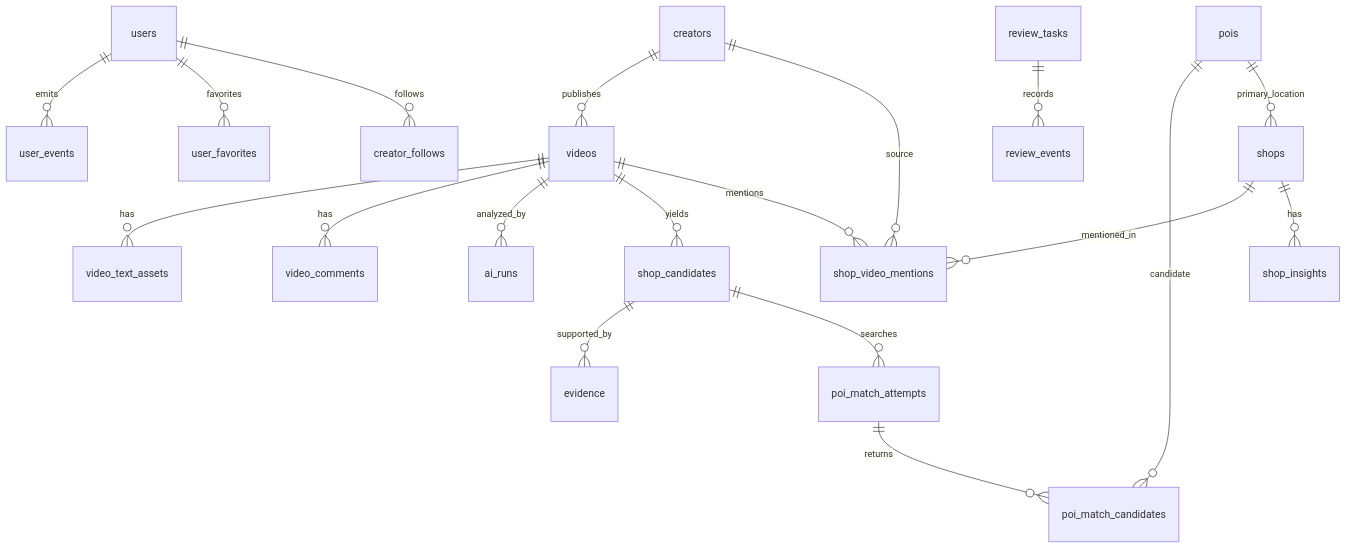
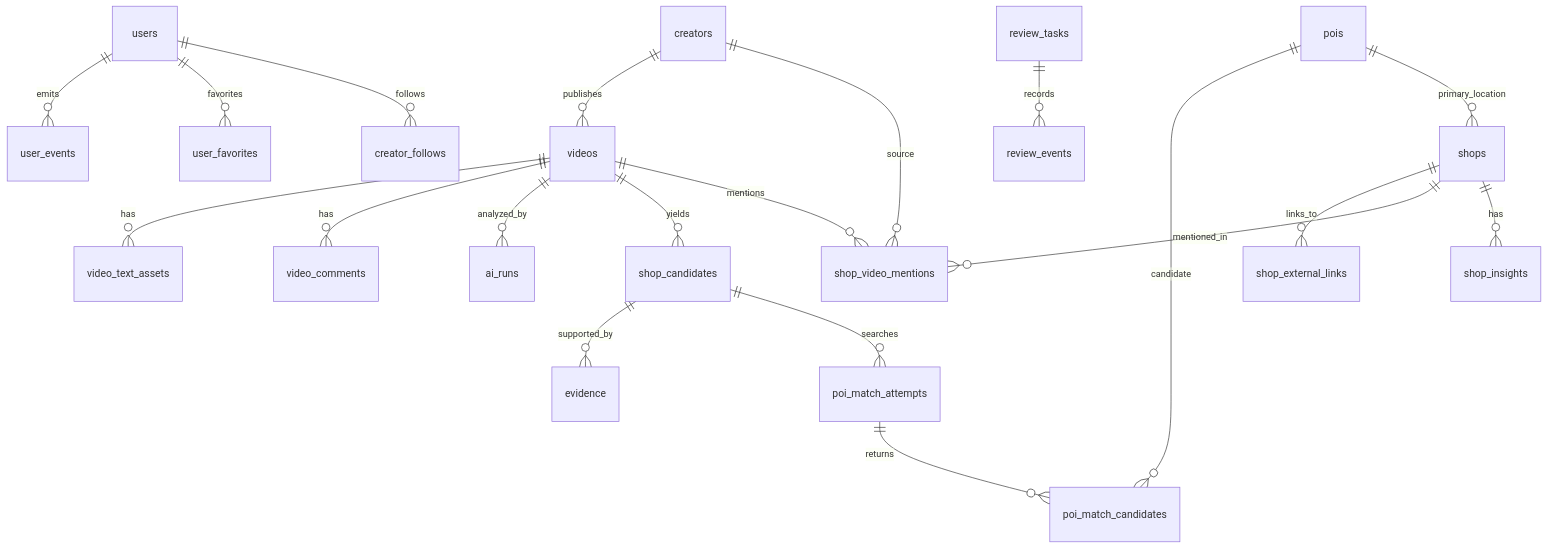
One commit to Warma10032/GoWith changed the diagram in docs/MVP-database-schema.md. Above: the diagram before and after it, drawn with Mermaid. The commit also changed other lines of this file and 3 other files, not shown here.

````diff
--- a/docs/MVP-database-schema.md
+++ b/docs/MVP-database-schema.md
@@ -80,25 +80,26 @@
 ```mermaid
 erDiagram
   users ||--o{ user_events : emits
   users ||--o{ user_favorites : favorites
   users ||--o{ creator_follows : follows
 
   creators ||--o{ videos : publishes
   videos ||--o{ video_text_assets : has
   videos ||--o{ video_comments : has
   videos ||--o{ ai_runs : analyzed_by
   videos ||--o{ shop_candidates : yields
 
   shop_candidates ||--o{ evidence : supported_by
   shop_candidates ||--o{ poi_match_attempts : searches
   poi_match_attempts ||--o{ poi_match_candidates : returns
   pois ||--o{ poi_match_candidates : candidate
 
   pois ||--o{ shops : primary_location
+  shops ||--o{ shop_external_links : links_to
   shops ||--o{ shop_video_mentions : mentioned_in
   videos ||--o{ shop_video_mentions : mentions
   creators ||--o{ shop_video_mentions : source
   shops ||--o{ shop_insights : has
 
   review_tasks ||--o{ review_events : records
 ```
````
